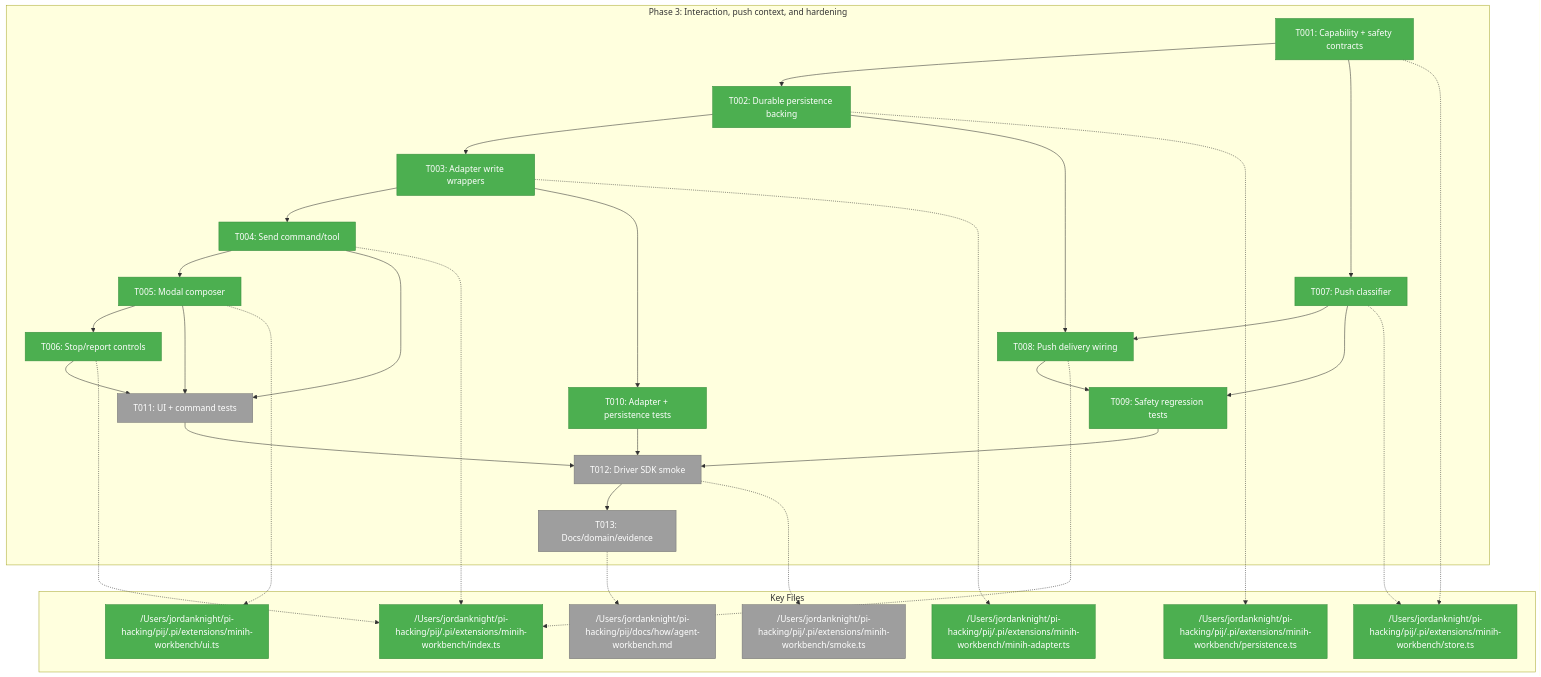
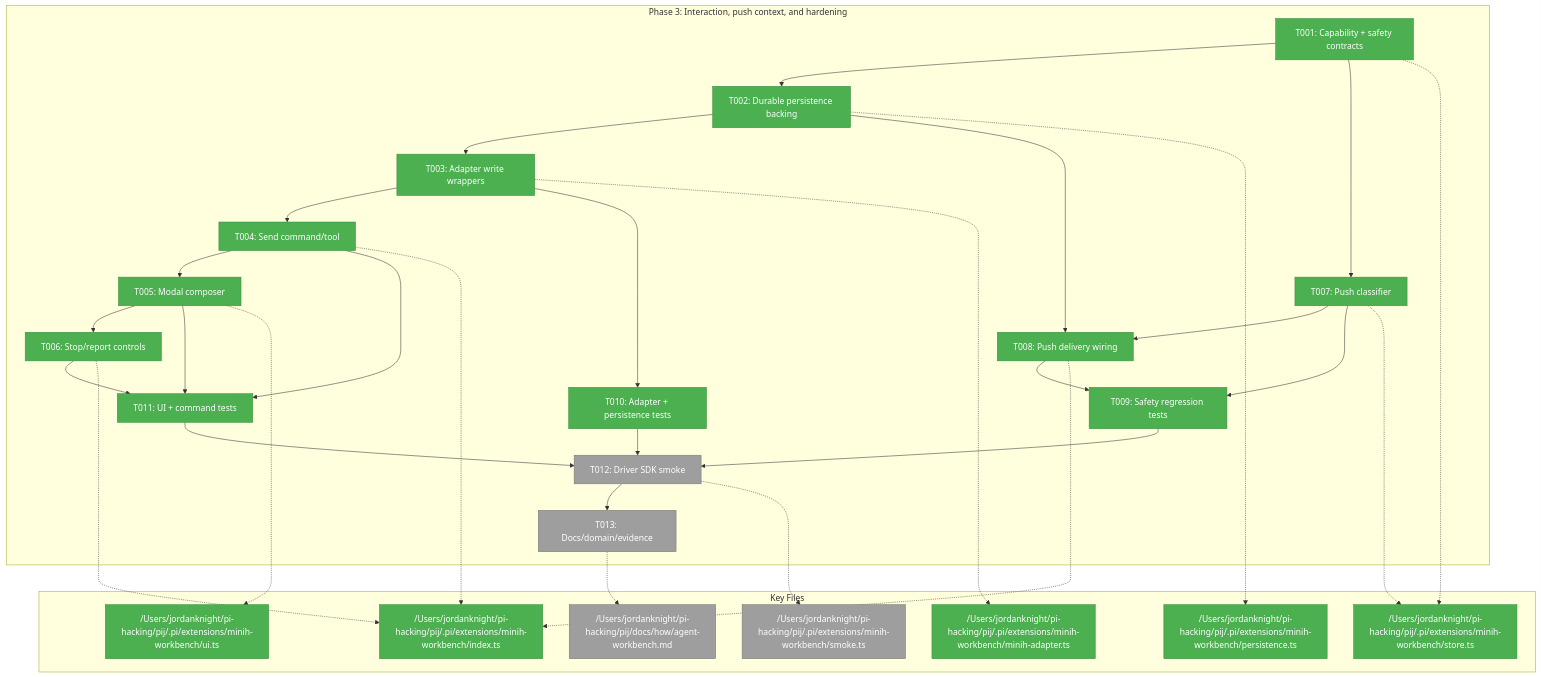
One commit to vaughanknight/pij changed the first of 3 diagrams in docs/plans/007-options-for-pi-extensions-that-do-subagents/tasks/phase-3-interaction-push-context-and-hardening/tasks.md. Above: the diagram before and after it, drawn with Mermaid. The commit also changed other lines of this file and 3 other files, not shown here.

````diff
--- a/docs/plans/007-options-for-pi-extensions-that-do-subagents/tasks/phase-3-interaction-push-context-and-hardening/tasks.md
+++ b/docs/plans/007-options-for-pi-extensions-that-do-subagents/tasks/phase-3-interaction-push-context-and-hardening/tasks.md
@@ -183,55 +183,55 @@
 ```mermaid
 flowchart TD
     classDef pending fill:#9E9E9E,stroke:#757575,color:#fff
     classDef inprogress fill:#FFC107,stroke:#FFA000,color:#000
     classDef completed fill:#4CAF50,stroke:#388E3C,color:#fff
 
     subgraph Phase["Phase 3: Interaction, push context, and hardening"]
         T001["T001: Capability + safety contracts"]:::completed
         T002["T002: Durable persistence backing"]:::completed
         T003["T003: Adapter write wrappers"]:::completed
         T004["T004: Send command/tool"]:::completed
         T005["T005: Modal composer"]:::completed
         T006["T006: Stop/report controls"]:::completed
         T007["T007: Push classifier"]:::completed
         T008["T008: Push delivery wiring"]:::completed
         T009["T009: Safety regression tests"]:::completed
         T010["T010: Adapter + persistence tests"]:::completed
-        T011["T011: UI + command tests"]:::pending
+        T011["T011: UI + command tests"]:::completed
         T012["T012: Driver SDK smoke"]:::pending
         T013["T013: Docs/domain/evidence"]:::pending
         T001 --> T002 --> T003 --> T004 --> T005 --> T006
         T001 --> T007 --> T008
         T002 --> T008
         T003 --> T010
         T004 --> T011
         T005 --> T011
         T006 --> T011
         T007 --> T009
         T008 --> T009
         T009 --> T012 --> T013
         T010 --> T012
         T011 --> T012
     end
 
     subgraph Files["Key Files"]
         F1["/Users/jordanknight/pi-hacking/pij/.pi/extensions/minih-workbench/store.ts"]:::completed
         F2["/Users/jordanknight/pi-hacking/pij/.pi/extensions/minih-workbench/persistence.ts"]:::completed
         F3["/Users/jordanknight/pi-hacking/pij/.pi/extensions/minih-workbench/minih-adapter.ts"]:::completed
         F4["/Users/jordanknight/pi-hacking/pij/.pi/extensions/minih-workbench/index.ts"]:::completed
         F5["/Users/jordanknight/pi-hacking/pij/.pi/extensions/minih-workbench/ui.ts"]:::completed
         F6["/Users/jordanknight/pi-hacking/pij/.pi/extensions/minih-workbench/smoke.ts"]:::pending
         F7["/Users/jordanknight/pi-hacking/pij/docs/how/agent-workbench.md"]:::pending
     end
 
     T001 -.-> F1
     T002 -.-> F2
     T003 -.-> F3
     T004 -.-> F4
     T005 -.-> F5
     T006 -.-> F4
     T007 -.-> F1
     T008 -.-> F4
     T012 -.-> F6
     T013 -.-> F7
 ```
````
